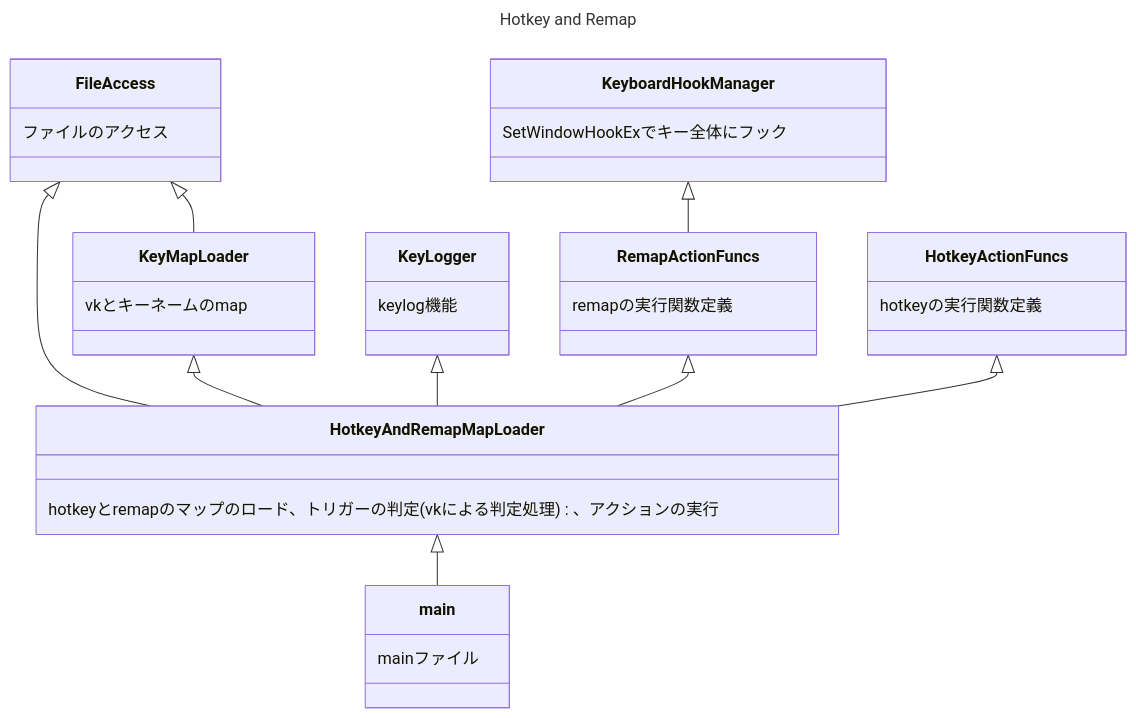
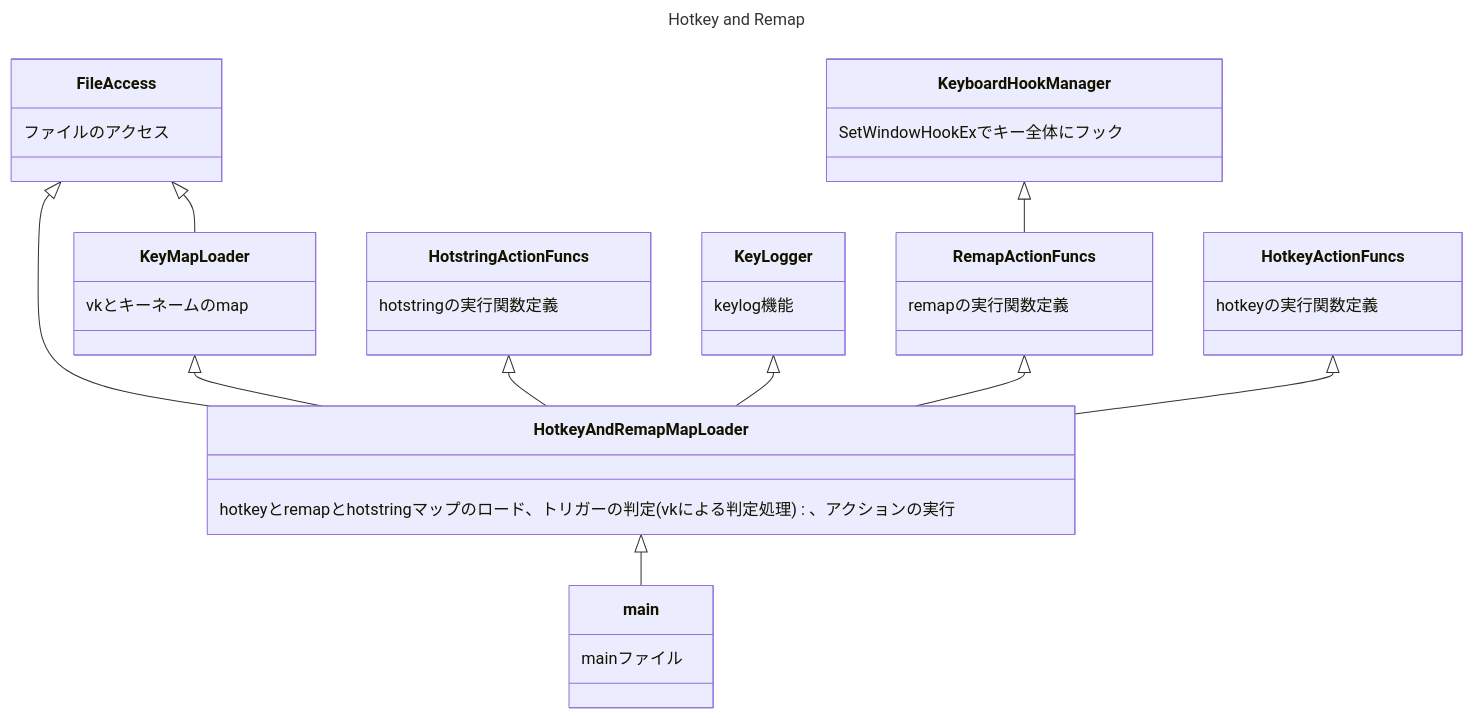
One commit to ripidot/newhotkey changed the diagram in CLI/document/クラス図/Mermaid Chart.mmd. Above: the diagram before and after it, drawn with Mermaid. The commit also changed 11 other files, not shown here.

```diff
--- a/CLI/document/クラス図/Mermaid Chart.mmd
+++ b/CLI/document/クラス図/Mermaid Chart.mmd
@@ -1,38 +1,42 @@
 ---
 title: Hotkey and Remap
 ---
 classDiagram
 direction TB
     class FileAccess {
 	    ファイルのアクセス
     }
     class HotkeyAndRemapMapLoader {
-	    hotkeyとremapのマップのロード、トリガーの判定(vkによる判定処理) 、アクションの実行
+	    hotkeyとremapとhotstringマップのロード、トリガーの判定(vkによる判定処理) 、アクションの実行
     }
     class KeyMapLoader {
 	    vkとキーネームのmap
     }
     class KeyboardHookManager {
 	    SetWindowHookExでキー全体にフック
     }
     class HotkeyActionFuncs {
 	    hotkeyの実行関数定義
     }
     class RemapActionFuncs {
 	    remapの実行関数定義
     }
+    class HotstringActionFuncs {
+	    hotstringの実行関数定義
+    }
     class main {
 	    mainファイル
     }
     class KeyLogger {
 	    keylog機能
     }
 
     FileAccess <|-- HotkeyAndRemapMapLoader
     FileAccess <|-- KeyMapLoader
     KeyMapLoader <|-- HotkeyAndRemapMapLoader
     KeyboardHookManager <|-- RemapActionFuncs
+    HotstringActionFuncs <|-- HotkeyAndRemapMapLoader
     KeyLogger <|-- HotkeyAndRemapMapLoader
     RemapActionFuncs <|-- HotkeyAndRemapMapLoader
     HotkeyActionFuncs <|-- HotkeyAndRemapMapLoader
     HotkeyAndRemapMapLoader <|-- main
```
